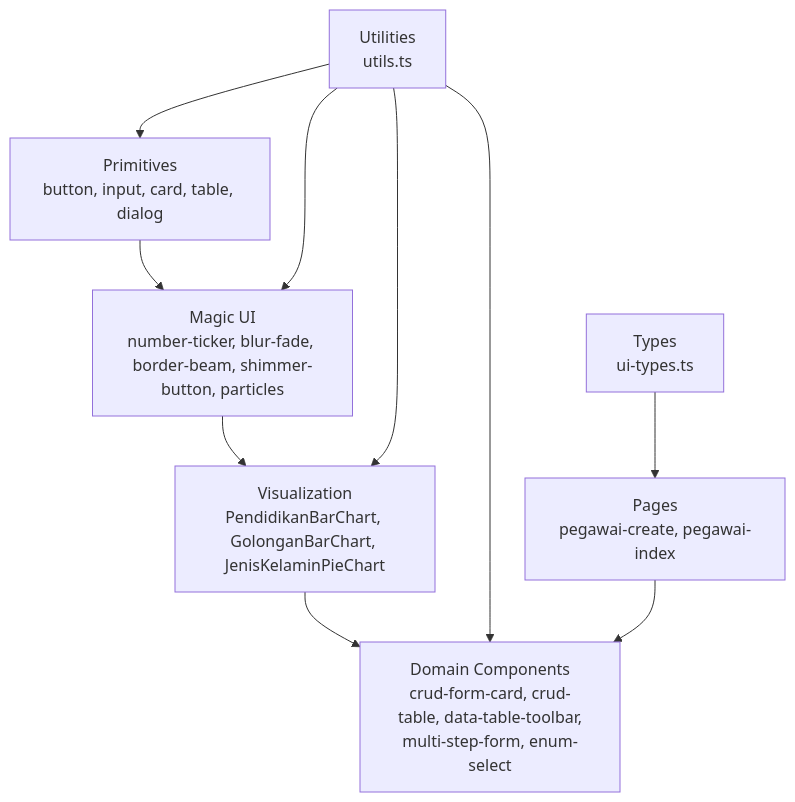
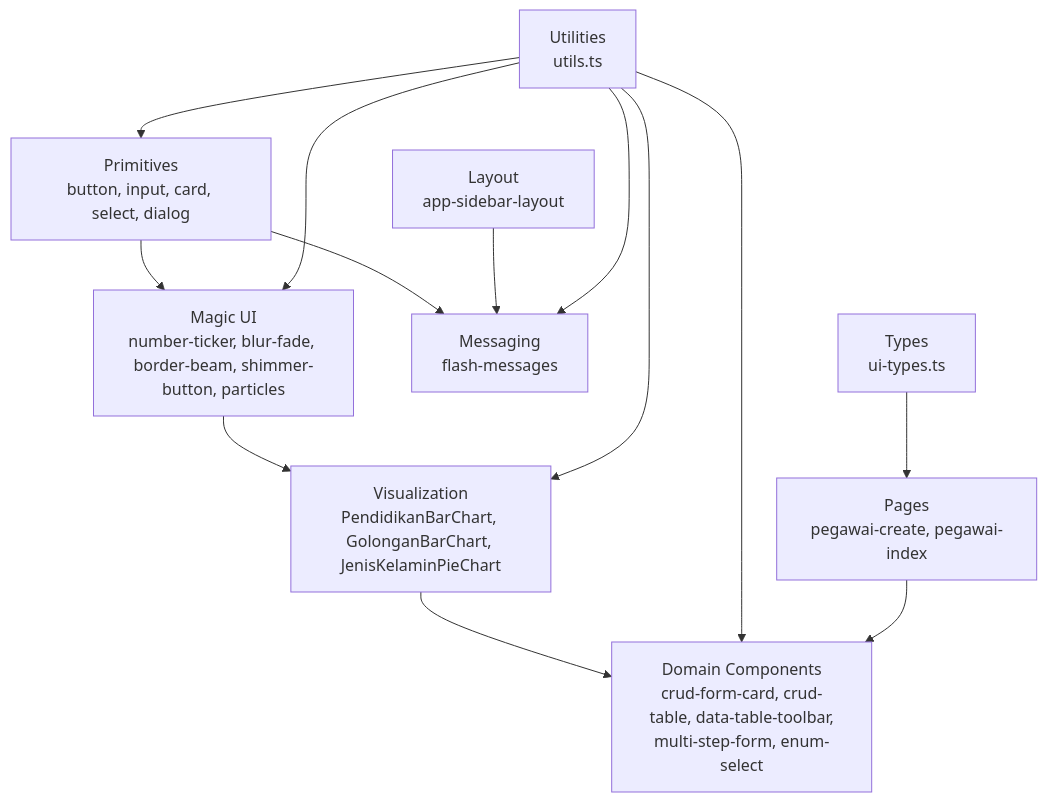
Before and after one commit to PA-Penajam/kepegawaian_apps: the second of 24 diagrams in .qoder/repowiki/en/content/Frontend Architecture/React Component System/React Component System.md, drawn with Mermaid. The commit also changed other lines of this file and 13 other files, not shown here.

````diff
--- a/.qoder/repowiki/en/content/Frontend Architecture/React Component System/React Component System.md
+++ b/.qoder/repowiki/en/content/Frontend Architecture/React Component System/React Component System.md
@@ -309,19 +334,24 @@
 ```mermaid
 graph TB
-PRIM["Primitives<br/>button, input, card, table, dialog"]
+PRIM["Primitives<br/>button, input, card, select, dialog"]
 MAGIC["Magic UI<br/>number-ticker, blur-fade, border-beam, shimmer-button, particles"]
+MESSAGING["Messaging<br/>flash-messages"]
 VISUAL["Visualization<br/>PendidikanBarChart, GolonganBarChart, JenisKelaminPieChart"]
 DOMAIN["Domain Components<br/>crud-form-card, crud-table, data-table-toolbar,<br/>multi-step-form, enum-select"]
 PAGE["Pages<br/>pegawai-create, pegawai-index"]
 UTIL["Utilities<br/>utils.ts"]
 TYPES["Types<br/>ui-types.ts"]
+LAYOUT["Layout<br/>app-sidebar-layout"]
 PRIM --> MAGIC
+PRIM --> MESSAGING
 MAGIC --> VISUAL
 VISUAL --> DOMAIN
+LAYOUT --> MESSAGING
 UTIL --> PRIM
 UTIL --> MAGIC
+UTIL --> MESSAGING
 UTIL --> VISUAL
 UTIL --> DOMAIN
 TYPES --> PAGE
 PAGE --> DOMAIN
 ```
````
